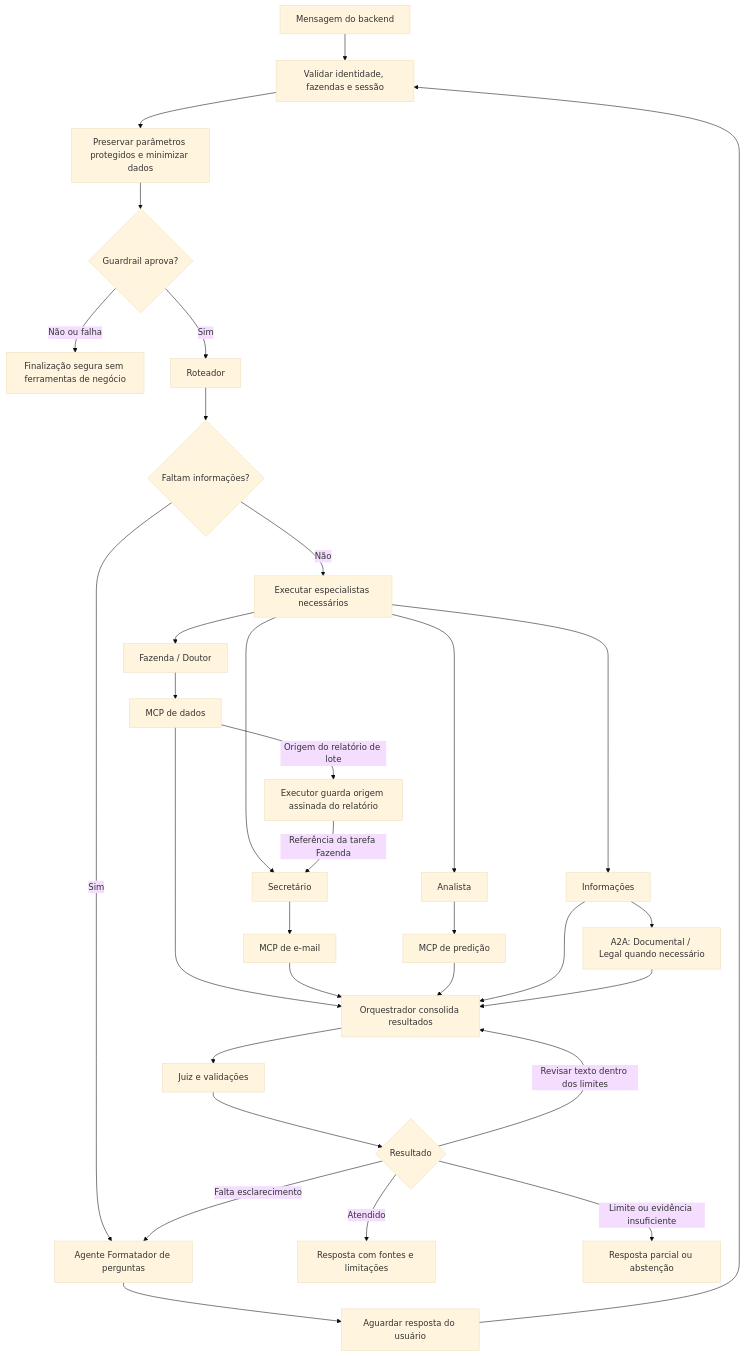
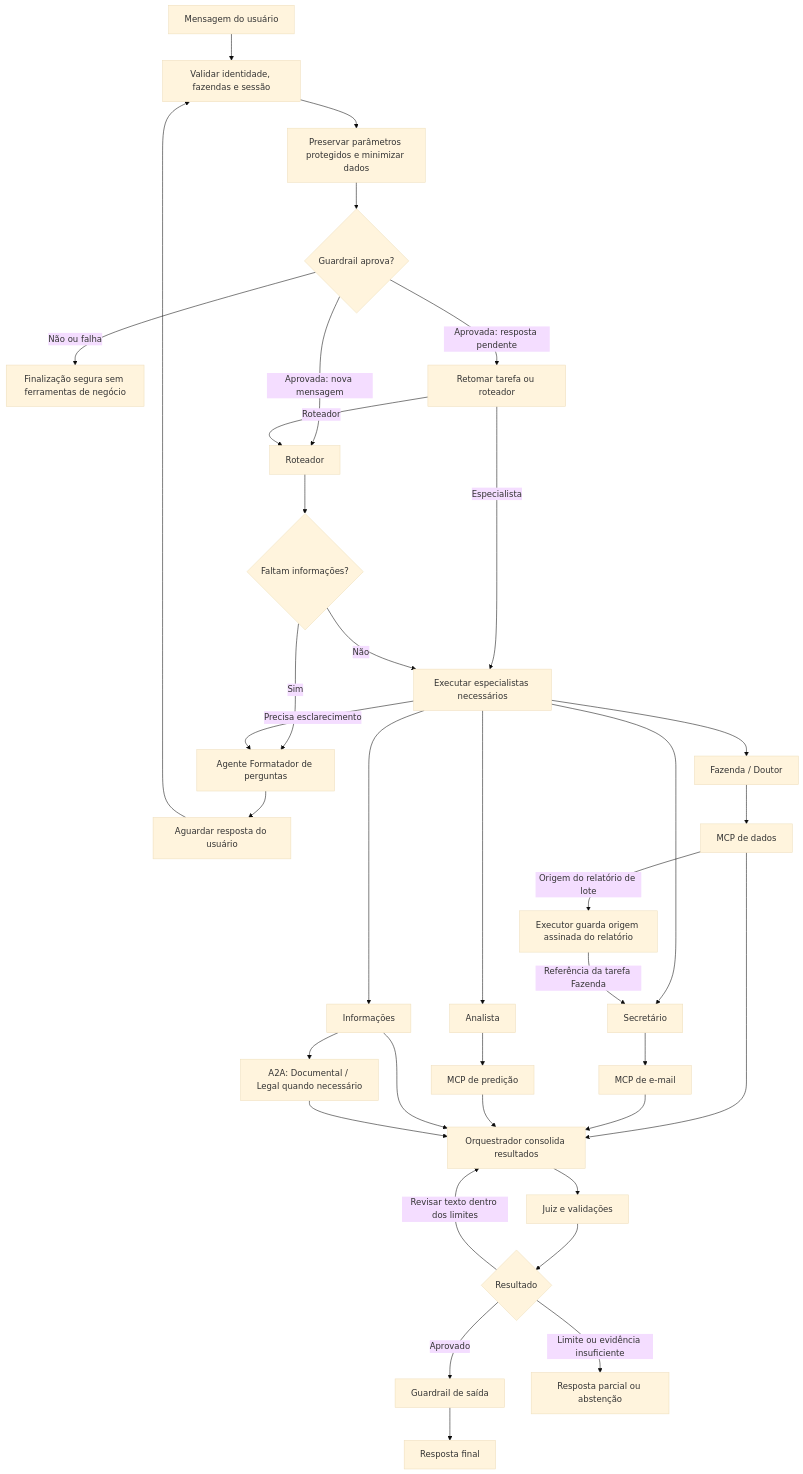
One commit to Argos-app/argos-ai-service changed the diagram in apps/main_api/docs/agent-workflow.md. Above: the diagram before and after it, drawn with Mermaid (base theme). The commit also changed 7 other files, not shown here.

````diff
--- a/apps/main_api/docs/agent-workflow.md
+++ b/apps/main_api/docs/agent-workflow.md
@@ -57,34 +57,38 @@
 ```mermaid
 flowchart TD
-    Input[Mensagem do backend] --> Auth[Validar identidade, fazendas e sessão]
+    Input[Mensagem do usuário] --> Auth[Validar identidade, fazendas e sessão]
     Auth --> Privacy[Preservar parâmetros protegidos e minimizar dados]
     Privacy --> Guard{Guardrail aprova?}
     Guard -->|Não ou falha| Safe[Finalização segura sem ferramentas de negócio]
-    Guard -->|Sim| Route[Roteador]
+    Guard -->|Aprovada: nova mensagem| Route[Roteador]
+    Guard -->|Aprovada: resposta pendente| Resume[Retomar tarefa ou roteador]
+    Resume -->|Roteador| Route
+    Resume -->|Especialista| Specialists
     Route --> Missing{Faltam informações?}
     Missing -->|Sim| Question[Agente Formatador de perguntas]
     Question --> Wait[Aguardar resposta do usuário]
     Wait --> Auth
     Missing -->|Não| Specialists[Executar especialistas necessários]
     Specialists --> Farm[Fazenda / Doutor]
     Specialists --> Secretary[Secretário]
     Specialists --> Analyst[Analista]
     Specialists --> Info[Informações]
+    Specialists -->|Precisa esclarecimento| Question
     Farm --> Data[MCP de dados]
     Secretary --> Email[MCP de e-mail]
     Analyst --> Prediction[MCP de predição]
     Info --> A2A[A2A: Documental / Legal quando necessário]
     Data -->|Origem do relatório de lote| Artifact[Executor guarda origem assinada do relatório]
     Artifact -->|Referência da tarefa Fazenda| Secretary
     Data --> Merge[Orquestrador consolida resultados]
     Email --> Merge
     Prediction --> Merge
     Info --> Merge
     A2A --> Merge
     Merge --> Judge[Juiz e validações]
     Judge --> Decision{Resultado}
-    Decision -->|Atendido| Answer[Resposta com fontes e limitações]
-    Decision -->|Falta esclarecimento| Question
+    Decision -->|Aprovado| OutputGuard[Guardrail de saída]
+    OutputGuard --> Answer[Resposta final]
     Decision -->|Revisar texto dentro dos limites| Merge
     Decision -->|Limite ou evidência insuficiente| Partial[Resposta parcial ou abstenção]
 ```
````
